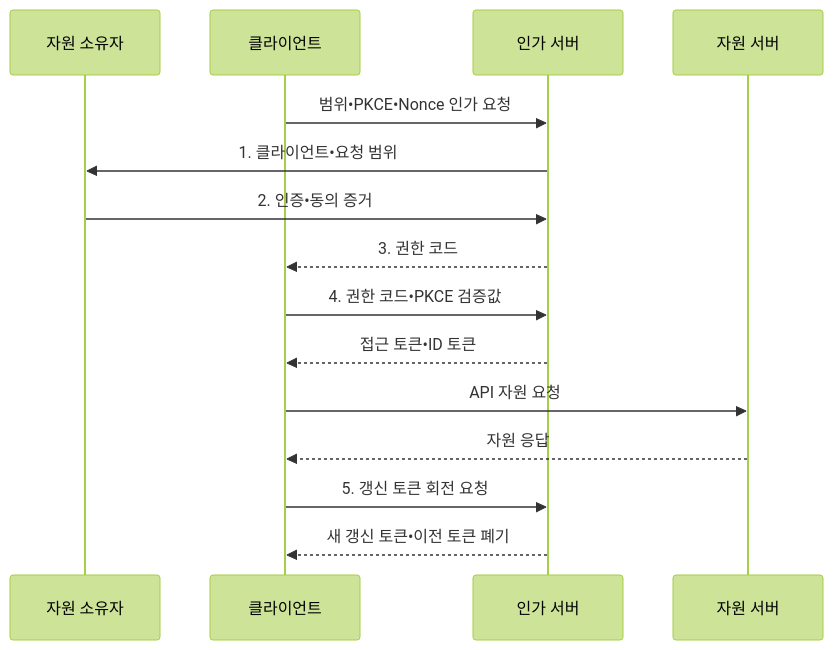
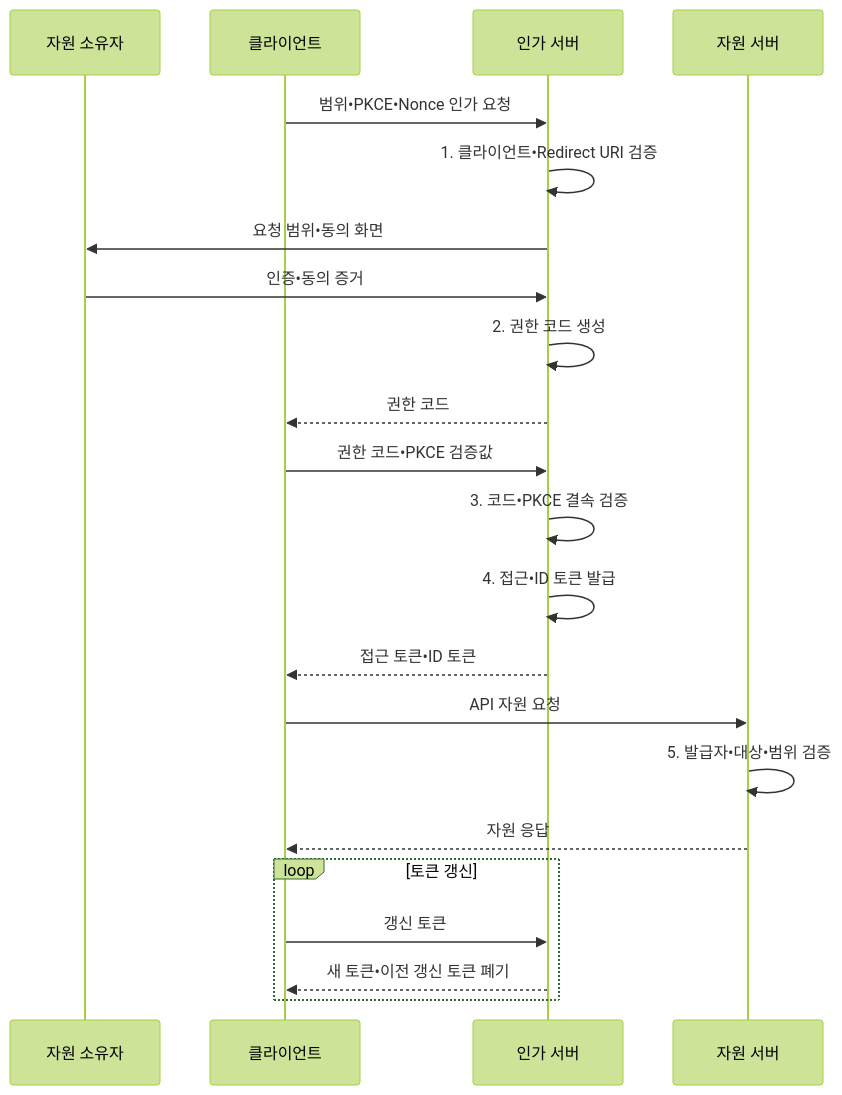
Before and after one commit to agnusdei1207/knowledge-base: the second of 2 diagrams in src/content/docs/notes/05-security/057_oauth_oidc.md, drawn with Mermaid (forest theme). The commit also changed other lines of this file and 19 other files, not shown here.

````diff
--- a/src/content/docs/notes/05-security/057_oauth_oidc.md
+++ b/src/content/docs/notes/05-security/057_oauth_oidc.md
@@ -105,17 +105,24 @@
 ```mermaid
 sequenceDiagram
     participant U as 자원 소유자
     participant C as 클라이언트
     participant A as 인가 서버
     participant R as 자원 서버
     C->>A: 범위•PKCE•Nonce 인가 요청
-    A->>U: 1. 클라이언트•요청 범위
-    U->>A: 2. 인증•동의 증거
-    A-->>C: 3. 권한 코드
-    C->>A: 4. 권한 코드•PKCE 검증값
+    A->>A: 1. 클라이언트•Redirect URI 검증
+    A->>U: 요청 범위•동의 화면
+    U->>A: 인증•동의 증거
+    A->>A: 2. 권한 코드 생성
+    A-->>C: 권한 코드
+    C->>A: 권한 코드•PKCE 검증값
+    A->>A: 3. 코드•PKCE 결속 검증
+    A->>A: 4. 접근•ID 토큰 발급
     A-->>C: 접근 토큰•ID 토큰
     C->>R: API 자원 요청
+    R->>R: 5. 발급자•대상•범위 검증
     R-->>C: 자원 응답
-    C->>A: 5. 갱신 토큰 회전 요청
-    A-->>C: 새 갱신 토큰•이전 토큰 폐기
+    loop 토큰 갱신
+        C->>A: 갱신 토큰
+        A-->>C: 새 토큰•이전 갱신 토큰 폐기
+    end
 ```
````
